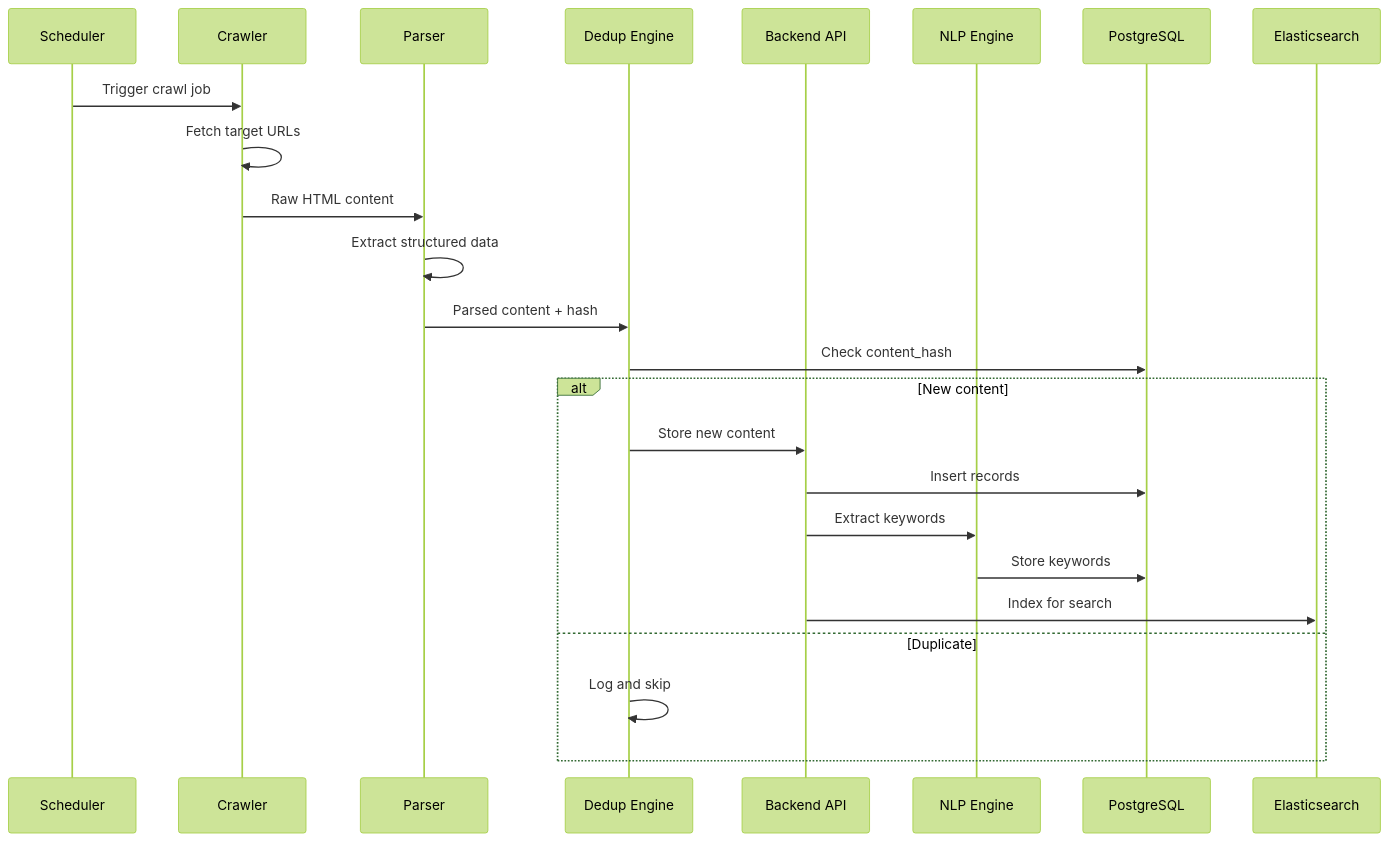
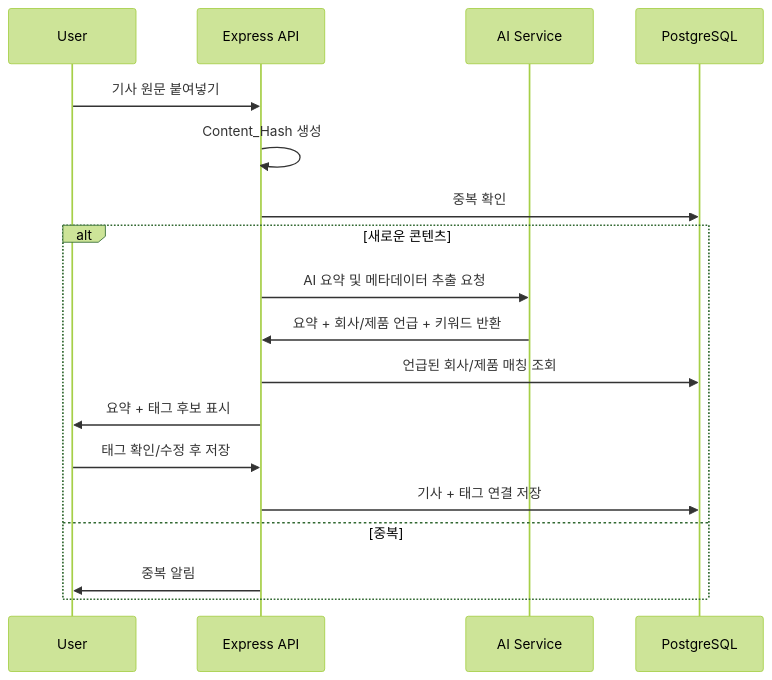
One commit to Minpa/Robot-Competitive-Intelligence-Portal changed the second of 4 diagrams in .kiro/specs/robot-competitive-intelligence-portal/design.md. Above: the diagram before and after it, drawn with Mermaid (forest theme). The commit also changed other lines of this file and 25 other files, not shown here.

````diff
--- a/.kiro/specs/robot-competitive-intelligence-portal/design.md
+++ b/.kiro/specs/robot-competitive-intelligence-portal/design.md
@@ -72,27 +64,21 @@
 ```mermaid
 sequenceDiagram
-    participant S as Scheduler
-    participant C as Crawler
-    participant P as Parser
-    participant D as Dedup Engine
-    participant API as Backend API
-    participant NLP as NLP Engine
+    participant U as User
+    participant API as Express API
+    participant AI as AI Service
     participant DB as PostgreSQL
-    participant ES as Elasticsearch
 
-    S->>C: Trigger crawl job
-    C->>C: Fetch target URLs
-    C->>P: Raw HTML content
-    P->>P: Extract structured data
-    P->>D: Parsed content + hash
-    D->>DB: Check content_hash
-    alt New content
-        D->>API: Store new content
-        API->>DB: Insert records
-        API->>NLP: Extract keywords
-        NLP->>DB: Store keywords
-        API->>ES: Index for search
-    else Duplicate
-        D->>D: Log and skip
+    U->>API: 기사 원문 붙여넣기
+    API->>API: Content_Hash 생성
+    API->>DB: 중복 확인
+    alt 새로운 콘텐츠
+        API->>AI: AI 요약 및 메타데이터 추출 요청
+        AI->>API: 요약 + 회사/제품 언급 + 키워드 반환
+        API->>DB: 언급된 회사/제품 매칭 조회
+        API->>U: 요약 + 태그 후보 표시
+        U->>API: 태그 확인/수정 후 저장
+        API->>DB: 기사 + 태그 연결 저장
+    else 중복
+        API->>U: 중복 알림
     end
 ```
````
